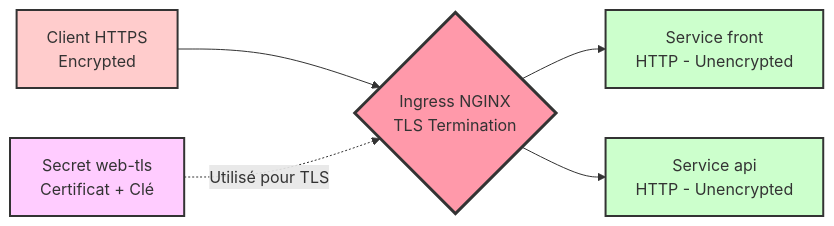
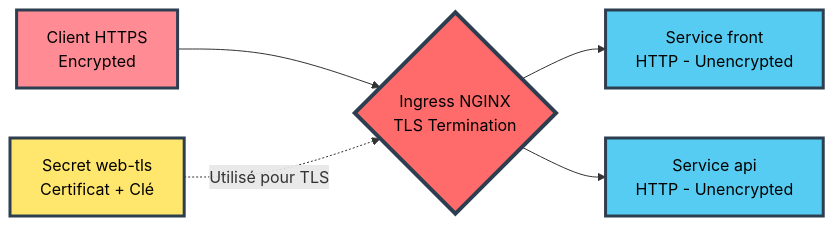
One commit to MPFabio/S4-Ingress-TLS-Config-Secrets changed the third of 9 diagrams in docs/ARCHITECTURE.md. Above: the diagram before and after it, drawn with Mermaid. The commit also changed other lines of this file, not shown here.

Commit message:
Modernisation des diagrammes - Palette de couleurs vibrantes

````diff
--- a/docs/ARCHITECTURE.md
+++ b/docs/ARCHITECTURE.md
@@ -62,14 +70,14 @@
 ```mermaid
 flowchart LR
     A[Client HTTPS<br/>Encrypted] --> B{Ingress NGINX<br/>TLS Termination}
     B --> C[Service front<br/>HTTP - Unencrypted]
     B --> D[Service api<br/>HTTP - Unencrypted]
     
     E[Secret web-tls<br/>Certificat + Clé] -.Utilisé pour TLS.-> B
     
-    style A fill:#fcc,stroke:#333,stroke-width:2px
-    style B fill:#f9a,stroke:#333,stroke-width:3px
-    style C fill:#cfc,stroke:#333,stroke-width:2px
-    style D fill:#cfc,stroke:#333,stroke-width:2px
-    style E fill:#fcf,stroke:#333,stroke-width:2px
+    style A fill:#FF8B94,stroke:#2C3E50,stroke-width:3px,color:#000
+    style B fill:#FF6B6B,stroke:#2C3E50,stroke-width:4px,color:#000
+    style C fill:#56CCF2,stroke:#2C3E50,stroke-width:3px,color:#000
+    style D fill:#56CCF2,stroke:#2C3E50,stroke-width:3px,color:#000
+    style E fill:#FFE66D,stroke:#2C3E50,stroke-width:3px,color:#000
 ```
````
